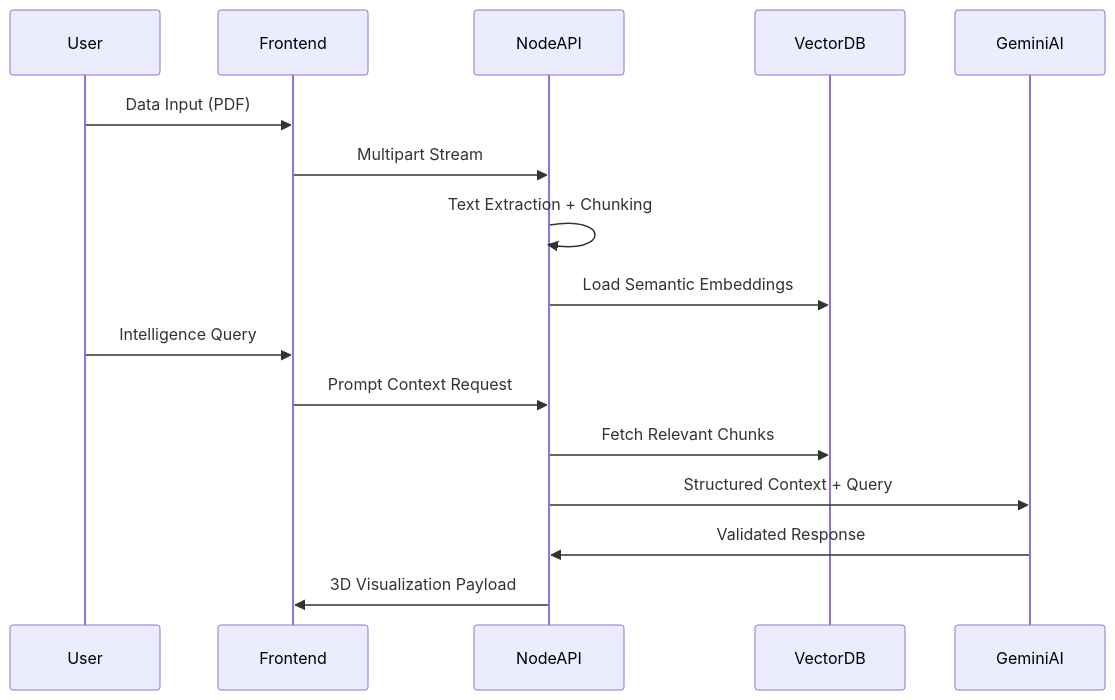
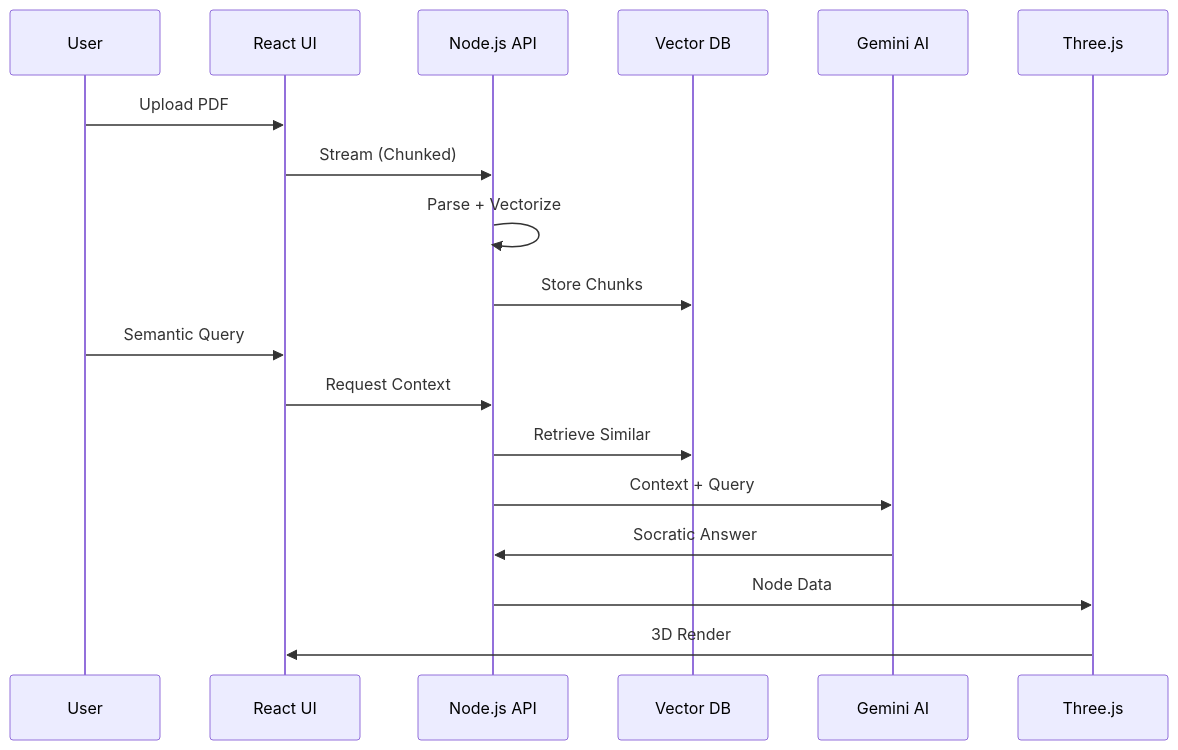
Before and after one commit to hareeshkar/hareeshkar: the first of 4 diagrams in README.md, drawn with Mermaid. The commit also changed other lines of this file, not shown here.

````diff
--- a/README.md
+++ b/README.md
@@ -171,19 +180,21 @@
 ```mermaid
 sequenceDiagram
-    participant User
-    participant Frontend
-    participant NodeAPI
-    participant VectorDB
-    participant GeminiAI
-    
-    User->>Frontend: Data Input (PDF)
-    Frontend->>NodeAPI: Multipart Stream
-    NodeAPI->>NodeAPI: Text Extraction + Chunking
-    NodeAPI->>VectorDB: Load Semantic Embeddings
-    User->>Frontend: Intelligence Query
-    Frontend->>NodeAPI: Prompt Context Request
-    NodeAPI->>VectorDB: Fetch Relevant Chunks
-    NodeAPI->>GeminiAI: Structured Context + Query
-    GeminiAI->>NodeAPI: Validated Response
-    NodeAPI->>Frontend: 3D Visualization Payload
+    participant U as User
+    participant F as React UI
+    participant N as Node.js API
+    participant V as Vector DB
+    participant G as Gemini AI
+    participant T as Three.js
+
+    U->>F: Upload PDF
+    F->>N: Stream (Chunked)
+    N->>N: Parse + Vectorize
+    N->>V: Store Chunks
+    U->>F: Semantic Query
+    F->>N: Request Context
+    N->>V: Retrieve Similar
+    N->>G: Context + Query
+    G->>N: Socratic Answer
+    N->>T: Node Data
+    T->>F: 3D Render
 ```
````
